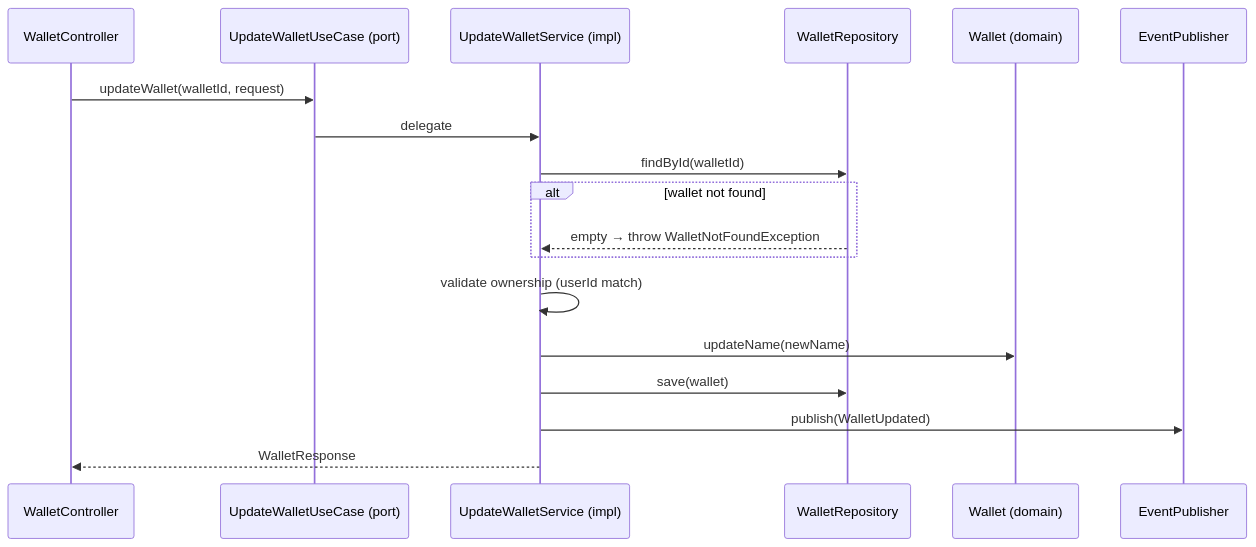
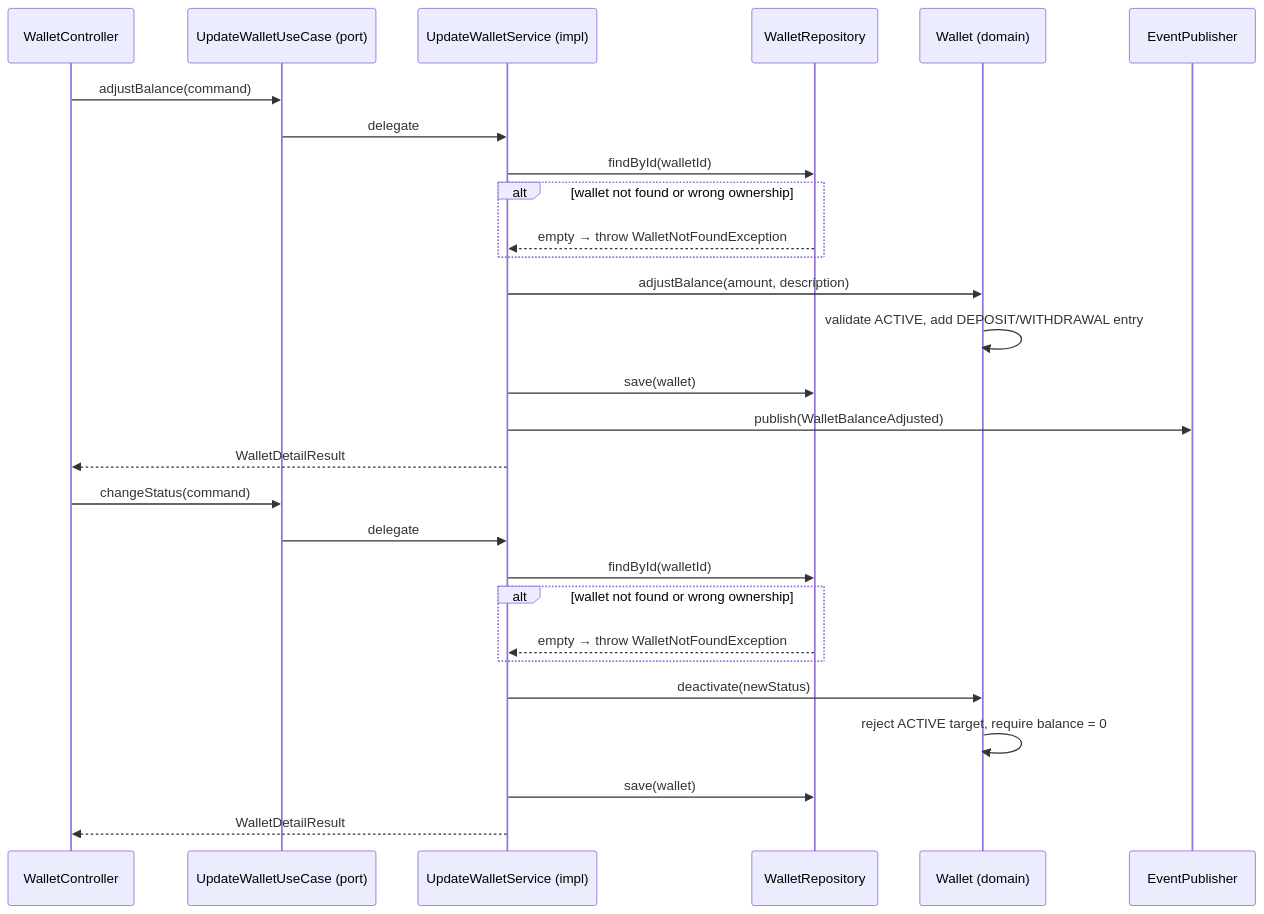
The diagram in docs/obsidian/04 - Ports/inbound/UpdateWalletUseCase.md (AlexAlvarezGallardo-GitHub/Aegis), drawn with Mermaid before and after one commit. The commit also changed other lines of this file and 87 other files, not shown here.

````diff
--- a/docs/obsidian/04 - Ports/inbound/UpdateWalletUseCase.md
+++ b/docs/obsidian/04 - Ports/inbound/UpdateWalletUseCase.md
@@ -14,21 +14,32 @@
 ```mermaid
 sequenceDiagram
     participant Ctrl as WalletController
     participant Port as UpdateWalletUseCase (port)
     participant Svc as UpdateWalletService (impl)
     participant Repo as WalletRepository
     participant Wallet as Wallet (domain)
     participant Event as EventPublisher
 
-    Ctrl->>Port: updateWallet(walletId, request)
+    Ctrl->>Port: adjustBalance(command)
     Port->>Svc: delegate
     Svc->>Repo: findById(walletId)
-    alt wallet not found
+    alt wallet not found or wrong ownership
         Repo-->>Svc: empty → throw WalletNotFoundException
     end
-    Svc->>Svc: validate ownership (userId match)
-    Svc->>Wallet: updateName(newName)
+    Svc->>Wallet: adjustBalance(amount, description)
+    Wallet->>Wallet: validate ACTIVE, add DEPOSIT/WITHDRAWAL entry
     Svc->>Repo: save(wallet)
-    Svc->>Event: publish(WalletUpdated)
-    Svc-->>Ctrl: WalletResponse
+    Svc->>Event: publish(WalletBalanceAdjusted)
+    Svc-->>Ctrl: WalletDetailResult
+
+    Ctrl->>Port: changeStatus(command)
+    Port->>Svc: delegate
+    Svc->>Repo: findById(walletId)
+    alt wallet not found or wrong ownership
+        Repo-->>Svc: empty → throw WalletNotFoundException
+    end
+    Svc->>Wallet: deactivate(newStatus)
+    Wallet->>Wallet: reject ACTIVE target, require balance = 0
+    Svc->>Repo: save(wallet)
+    Svc-->>Ctrl: WalletDetailResult
 ```
````
